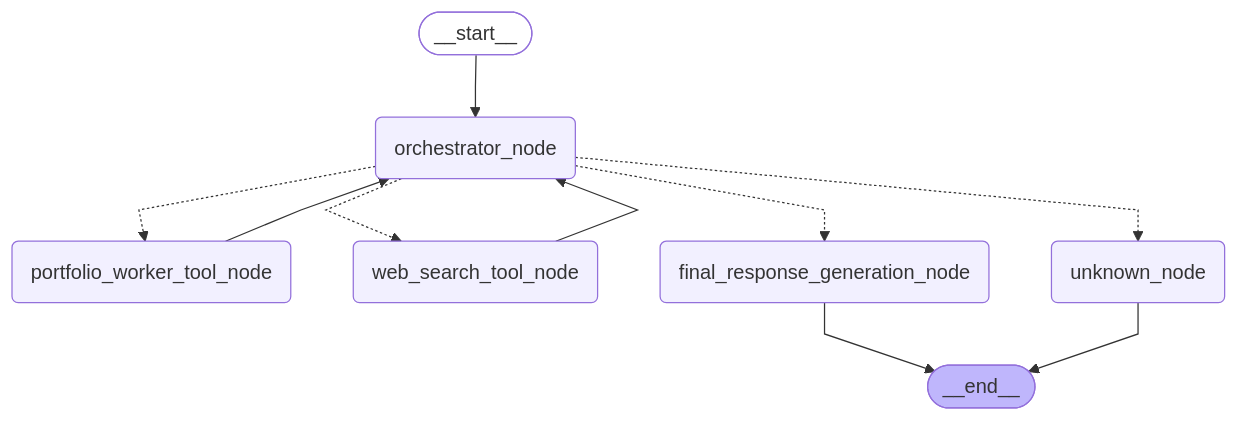
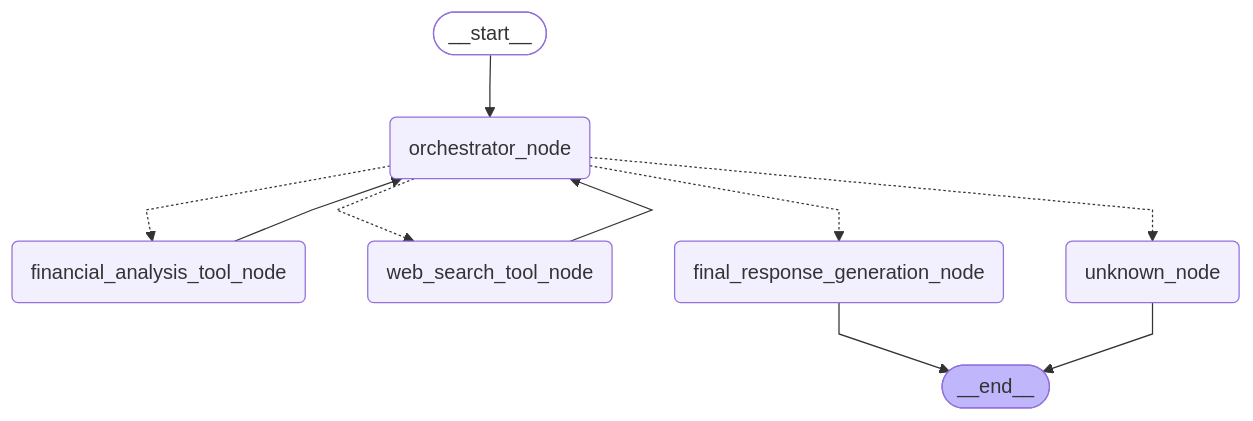
One commit to deepjyotk/finto changed the diagram in wiki/artifacts/langgraph-mermaid.mermaid. Above: the diagram before and after it, drawn with Mermaid. The commit also changed 88 other files, not shown here.

```diff
--- a/wiki/artifacts/langgraph-mermaid.mermaid
+++ b/wiki/artifacts/langgraph-mermaid.mermaid
@@ -1,25 +1,25 @@
 ---
 config:
   flowchart:
     curve: linear
 ---
 graph TD;
 	__start__([<p>__start__</p>]):::first
 	orchestrator_node(orchestrator_node)
-	portfolio_worker_tool_node(portfolio_worker_tool_node)
+	financial_analysis_tool_node(financial_analysis_tool_node)
 	web_search_tool_node(web_search_tool_node)
 	final_response_generation_node(final_response_generation_node)
 	unknown_node(unknown_node)
 	__end__([<p>__end__</p>]):::last
 	__start__ --> orchestrator_node;
 	web_search_tool_node --> orchestrator_node;
 	orchestrator_node -.-> final_response_generation_node;
 	orchestrator_node -.-> web_search_tool_node;
-	orchestrator_node -.-> portfolio_worker_tool_node;
+	orchestrator_node -.-> financial_analysis_tool_node;
 	orchestrator_node -.-> unknown_node;
-	portfolio_worker_tool_node --> orchestrator_node;
+	financial_analysis_tool_node --> orchestrator_node;
 	final_response_generation_node --> __end__;
 	unknown_node --> __end__;
 	classDef default fill:#f2f0ff,line-height:1.2
 	classDef first fill-opacity:0
 	classDef last fill:#bfb6fc
```
